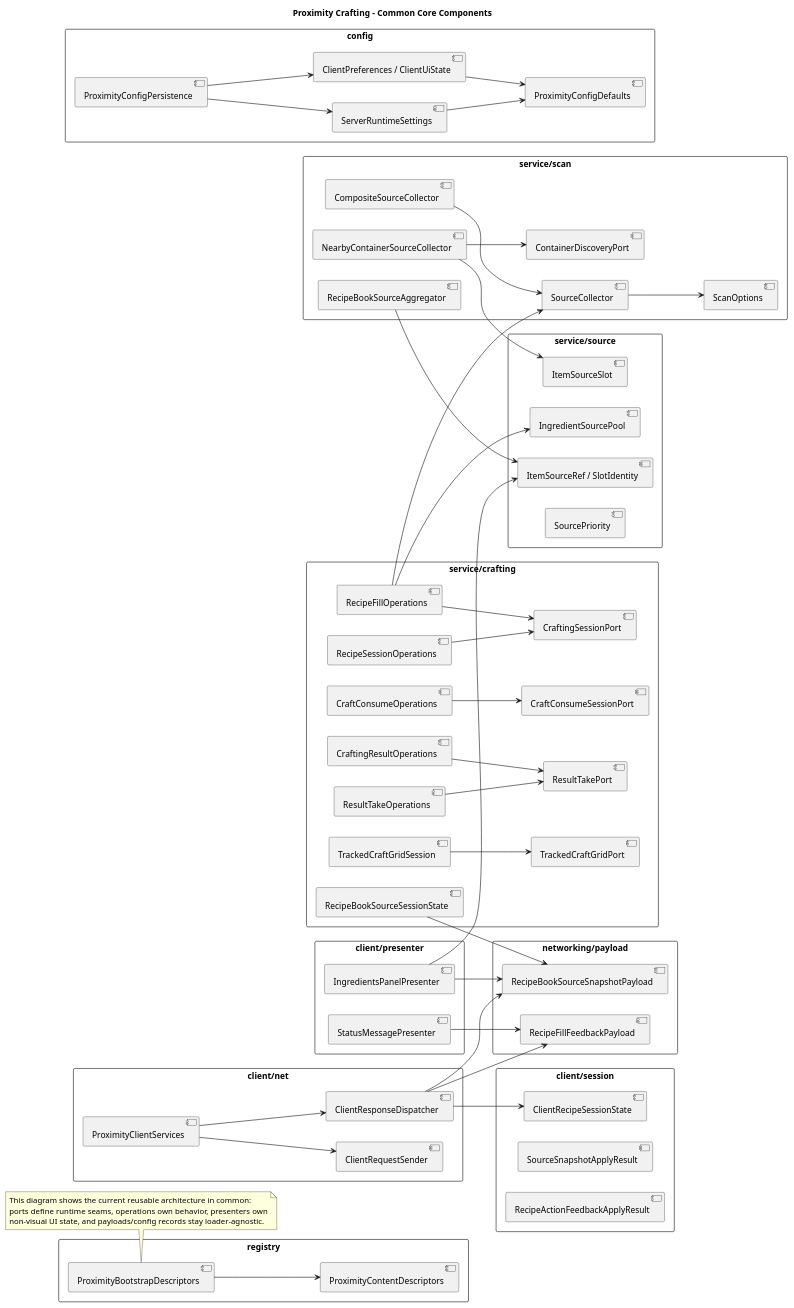
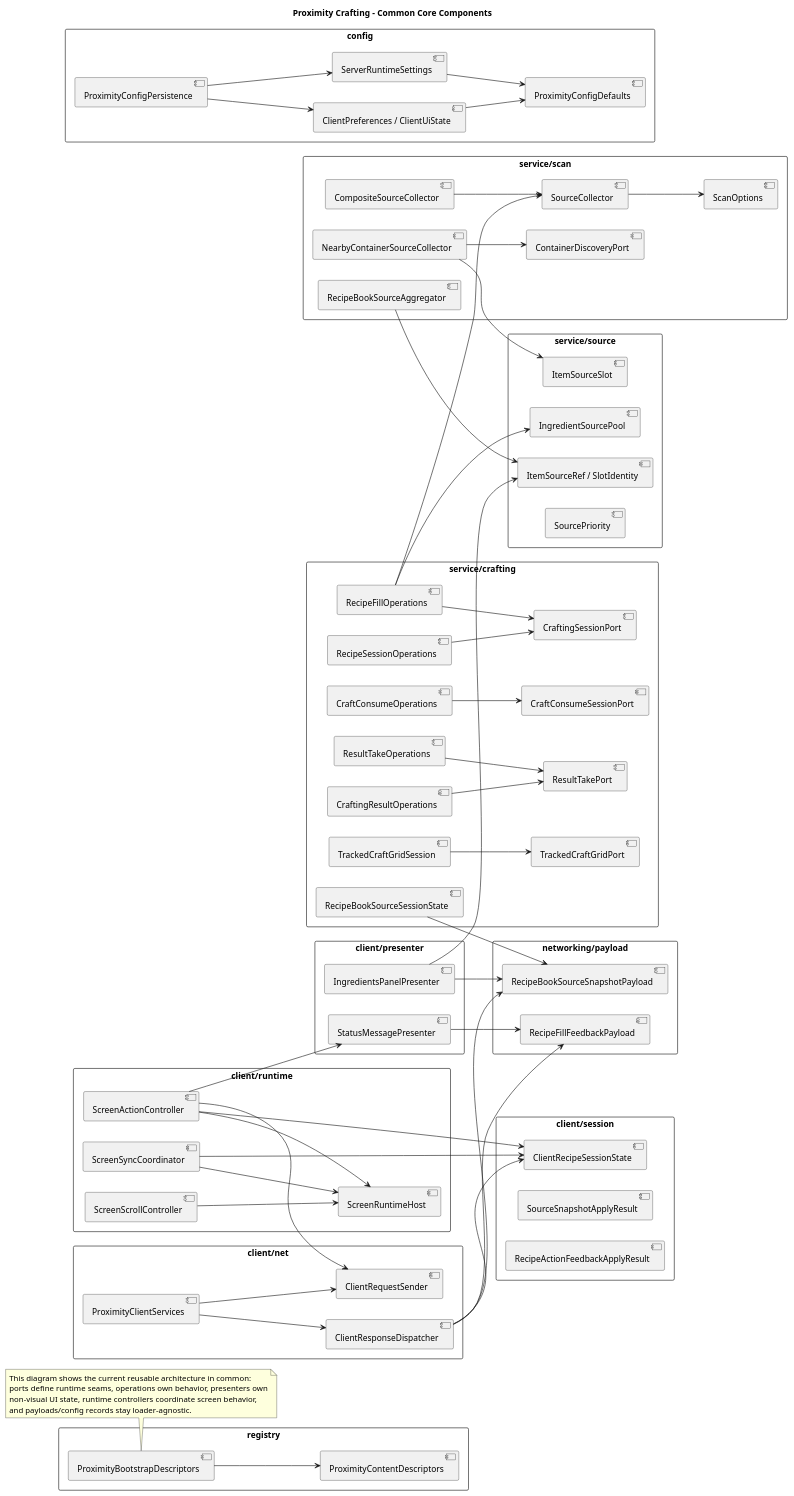
The diagram in docs/architecture/02-common-core-components.puml (Maeiro/Nearby-Crafting), drawn with PlantUML before and after one commit. The commit also changed 14 other files, not shown here.

Commit message:
refactor(runtime): extract shared screen controllers

```diff
--- a/docs/architecture/02-common-core-components.puml
+++ b/docs/architecture/02-common-core-components.puml
@@ -1,109 +1,124 @@
 @startuml
 title Proximity Crafting - Common Core Components
 left to right direction
 skinparam shadowing false
 skinparam packageStyle rectangle
 
 package "service/source" as SourcePkg {
   component "ItemSourceSlot" as ItemSourceSlot
   component "IngredientSourcePool" as IngredientSourcePool
   component "ItemSourceRef / SlotIdentity" as ItemSourceRef
   component "SourcePriority" as SourcePriority
 }
 
 package "service/scan" as ScanPkg {
   component "SourceCollector" as SourceCollector
   component "ContainerDiscoveryPort" as ContainerDiscoveryPort
   component "CompositeSourceCollector" as CompositeCollector
   component "NearbyContainerSourceCollector" as NearbyCollector
   component "RecipeBookSourceAggregator" as SourceAggregator
   component "ScanOptions" as ScanOptions
 }
 
 package "service/crafting" as CraftingPkg {
   component "CraftingSessionPort" as CraftingSessionPort
   component "CraftConsumeSessionPort" as CraftConsumeSessionPort
   component "ResultTakePort" as ResultTakePort
   component "TrackedCraftGridPort" as TrackedGridPort
   component "RecipeFillOperations" as RecipeFillOps
   component "CraftConsumeOperations" as CraftConsumeOps
   component "CraftingResultOperations" as CraftingResultOps
   component "RecipeSessionOperations" as RecipeSessionOps
   component "ResultTakeOperations" as ResultTakeOps
   component "TrackedCraftGridSession" as TrackedGridSession
   component "RecipeBookSourceSessionState" as RecipeBookSession
 }
 
 package "client/net" as ClientNetPkg {
   component "ClientRequestSender" as ClientRequestSender
   component "ClientResponseDispatcher" as ClientResponseDispatcher
   component "ProximityClientServices" as ProximityClientServices
 }
 
 package "client/session" as ClientSessionPkg {
   component "ClientRecipeSessionState" as ClientRecipeSessionState
   component "SourceSnapshotApplyResult" as SourceSnapshotApplyResult
   component "RecipeActionFeedbackApplyResult" as RecipeActionFeedbackApplyResult
 }
 
+package "client/runtime" as ClientRuntimePkg {
+  component "ScreenRuntimeHost" as ScreenRuntimeHost
+  component "ScreenActionController" as ScreenActionController
+  component "ScreenSyncCoordinator" as ScreenSyncCoordinator
+  component "ScreenScrollController" as ScreenScrollController
+}
+
 package "client/presenter" as PresenterPkg {
   component "IngredientsPanelPresenter" as IngredientsPanelPresenter
   component "StatusMessagePresenter" as StatusMessagePresenter
 }
 
 package "config" as ConfigPkg {
   component "ProximityConfigDefaults" as ProximityConfigDefaults
   component "ClientPreferences / ClientUiState" as ClientConfigModels
   component "ServerRuntimeSettings" as ServerRuntimeSettings
   component "ProximityConfigPersistence" as ConfigPersistence
 }
 
 package "networking/payload" as PayloadPkg {
   component "RecipeBookSourceSnapshotPayload" as SnapshotPayload
   component "RecipeFillFeedbackPayload" as FeedbackPayload
 }
 
 package "registry" as RegistryPkg {
   component "ProximityContentDescriptors" as ContentDescriptors
   component "ProximityBootstrapDescriptors" as BootstrapDescriptors
 }
 
 SourceCollector --> ScanOptions
 CompositeCollector --> SourceCollector
 NearbyCollector --> ContainerDiscoveryPort
 NearbyCollector --> ItemSourceSlot
 SourceAggregator --> ItemSourceRef
 
 RecipeFillOps --> CraftingSessionPort
 RecipeFillOps --> SourceCollector
 RecipeFillOps --> IngredientSourcePool
 CraftConsumeOps --> CraftConsumeSessionPort
 CraftingResultOps --> ResultTakePort
 RecipeSessionOps --> CraftingSessionPort
 ResultTakeOps --> ResultTakePort
 TrackedGridSession --> TrackedGridPort
 RecipeBookSession --> SnapshotPayload
 
 ClientResponseDispatcher --> ClientRecipeSessionState
 ClientResponseDispatcher --> SnapshotPayload
 ClientResponseDispatcher --> FeedbackPayload
 ProximityClientServices --> ClientRequestSender
 ProximityClientServices --> ClientResponseDispatcher
+ScreenActionController --> ScreenRuntimeHost
+ScreenActionController --> ClientRecipeSessionState
+ScreenActionController --> ClientRequestSender
+ScreenActionController --> StatusMessagePresenter
+ScreenSyncCoordinator --> ScreenRuntimeHost
+ScreenSyncCoordinator --> ClientRecipeSessionState
+ScreenScrollController --> ScreenRuntimeHost
 
 IngredientsPanelPresenter --> SnapshotPayload
 IngredientsPanelPresenter --> ItemSourceRef
 StatusMessagePresenter --> FeedbackPayload
 
 ConfigPersistence --> ClientConfigModels
 ConfigPersistence --> ServerRuntimeSettings
 ClientConfigModels --> ProximityConfigDefaults
 ServerRuntimeSettings --> ProximityConfigDefaults
 
 BootstrapDescriptors --> ContentDescriptors
 
 note bottom
 This diagram shows the current reusable architecture in common:
 ports define runtime seams, operations own behavior, presenters own
-non-visual UI state, and payloads/config records stay loader-agnostic.
+non-visual UI state, runtime controllers coordinate screen behavior,
+and payloads/config records stay loader-agnostic.
 end note
 @enduml
```
